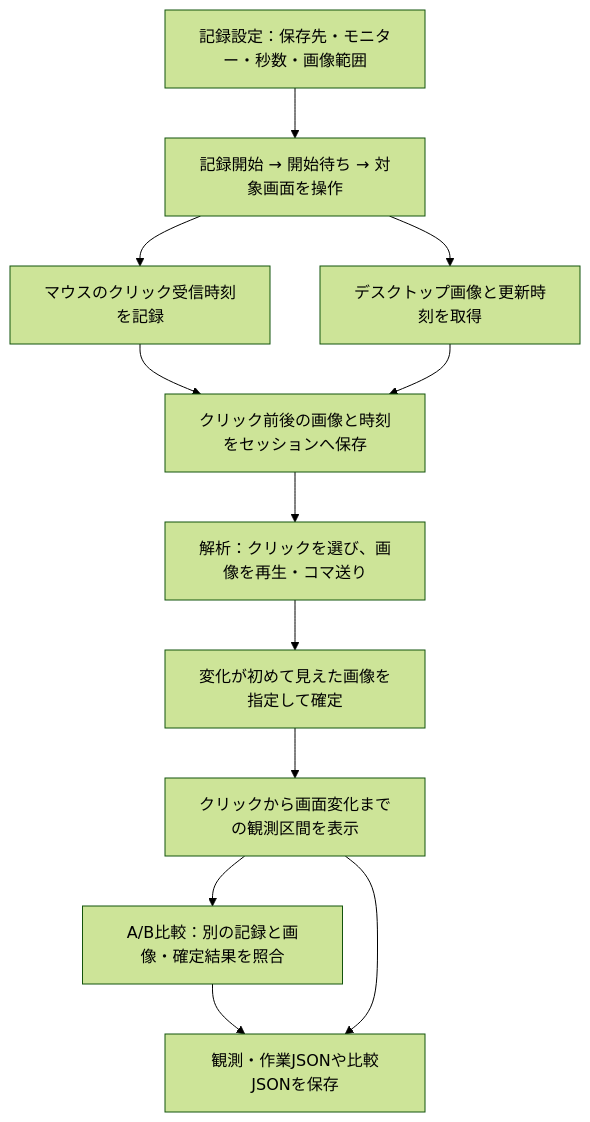
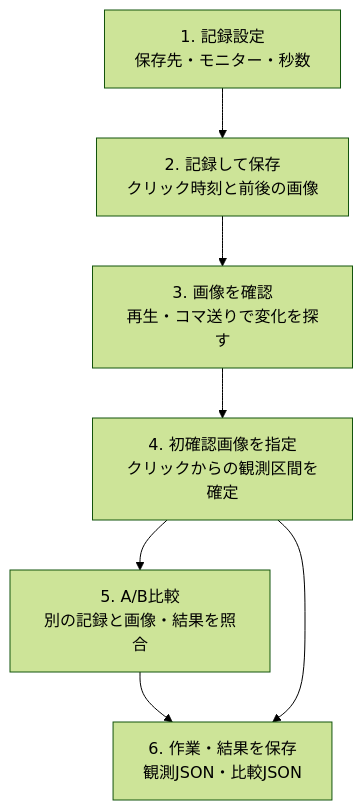
One commit to THRusT555/CleanTiming changed the diagram in README.md. Above: the diagram before and after it, drawn with Mermaid (forest theme).

Commit message:
Keep workflow chart compact and readable

````diff
--- a/README.md
+++ b/README.md
@@ -40,21 +40,12 @@
 ```mermaid
 flowchart TD
-    setup["記録設定：保存先・モニター・秒数・画像範囲"]
-    start["記録開始 → 開始待ち → 対象画面を操作"]
-    input["マウスのクリック受信時刻を記録"]
-    image["デスクトップ画像と更新時刻を取得"]
-    save["クリック前後の画像と時刻をセッションへ保存"]
-    review["解析：クリックを選び、画像を再生・コマ送り"]
-    mark["変化が初めて見えた画像を指定して確定"]
-    result["クリックから画面変化までの観測区間を表示"]
-    compare["A/B比較：別の記録と画像・確定結果を照合"]
-    export["観測・作業JSONや比較JSONを保存"]
-    setup --> start
-    start --> input
-    start --> image
-    input --> save
-    image --> save
-    save --> review --> mark --> result
+    setup["1. 記録設定<br/>保存先・モニター・秒数"]
+    capture["2. 記録して保存<br/>クリック時刻と前後の画像"]
+    review["3. 画像を確認<br/>再生・コマ送りで変化を探す"]
+    result["4. 初確認画像を指定<br/>クリックからの観測区間を確定"]
+    compare["5. A/B比較<br/>別の記録と画像・結果を照合"]
+    export["6. 作業・結果を保存<br/>観測JSON・比較JSON"]
+    setup --> capture --> review --> result
     result --> compare --> export
     result --> export
 ```
````
